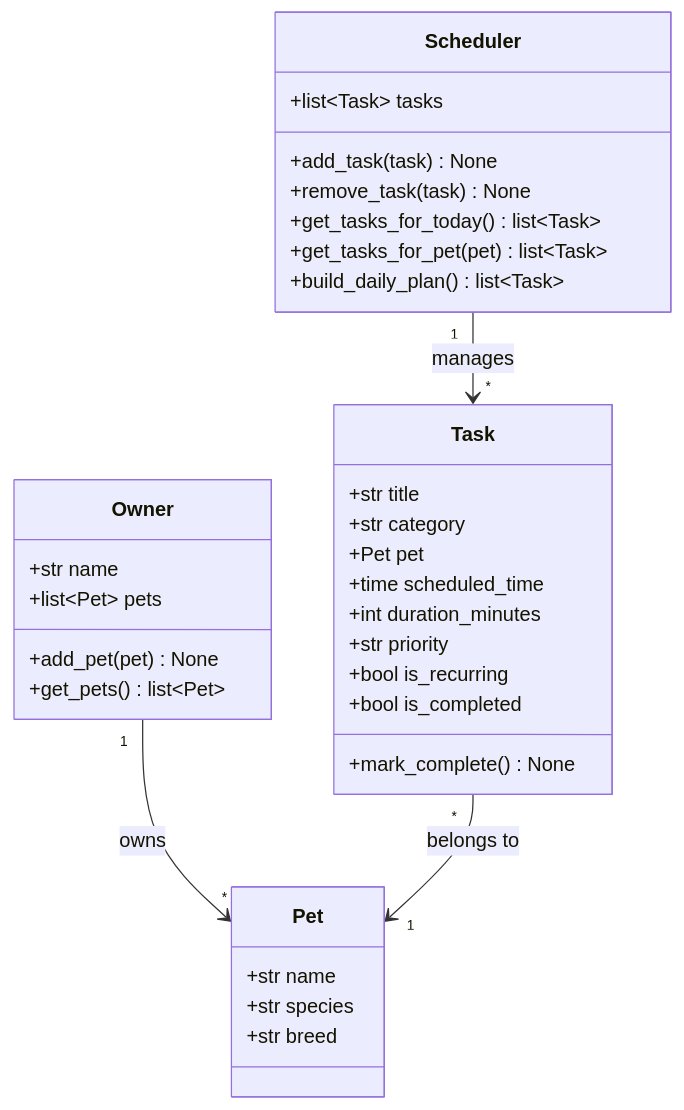
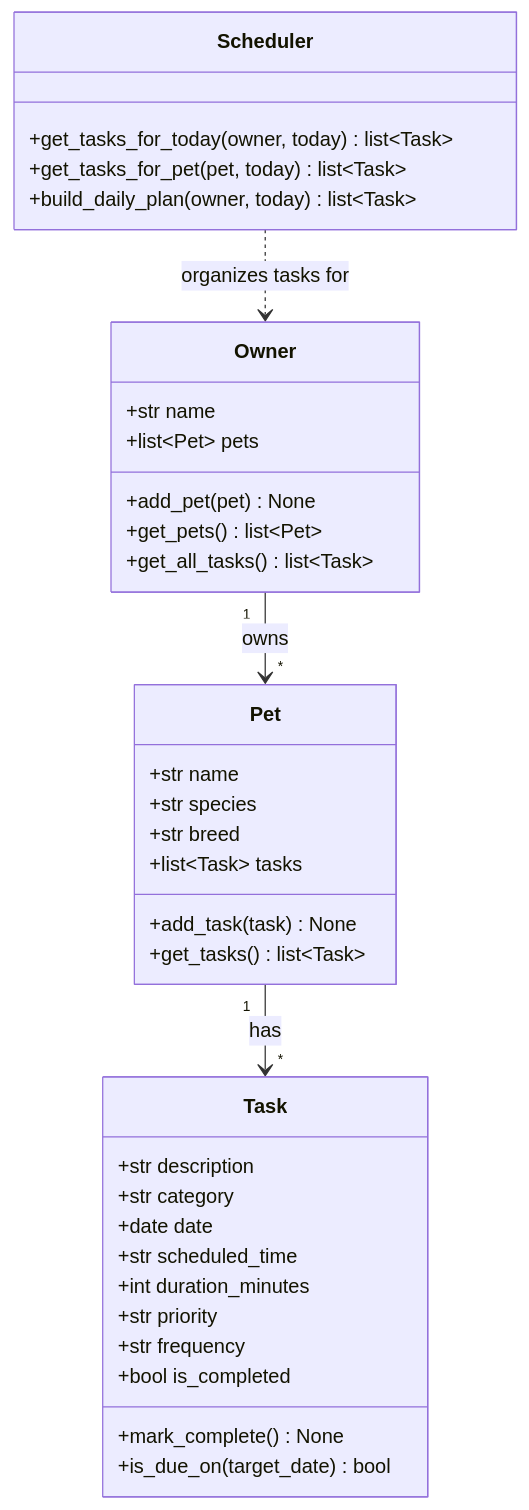
The diagram in diagrams/uml.mmd (fashinao0130/ai110-module2show-pawpal-starter), drawn with Mermaid before and after one commit. The commit also changed 1 other file, not shown here.

Commit message:
Implement scheduling logic for Task, Pet, Owner, and Scheduler
Pet now owns its own list of tasks, Owner aggregates tasks across all
its pets, and Scheduler is stateless: it takes an Owner and filters
tasks due on a given date (via Task.is_due_on, based on a new date and
frequency field), then sorts by priority and time for the daily plan.

```diff
--- a/diagrams/uml.mmd
+++ b/diagrams/uml.mmd
@@ -1,40 +1,42 @@
 classDiagram
     %% Keep this file updated so it matches your final implementation.
 
     class Owner {
         +str name
         +list~Pet~ pets
         +add_pet(pet) None
         +get_pets() list~Pet~
+        +get_all_tasks() list~Task~
     }
 
     class Pet {
         +str name
         +str species
         +str breed
+        +list~Task~ tasks
+        +add_task(task) None
+        +get_tasks() list~Task~
     }
 
     class Task {
-        +str title
+        +str description
         +str category
-        +Pet pet
-        +time scheduled_time
+        +date date
+        +str scheduled_time
         +int duration_minutes
         +str priority
-        +bool is_recurring
+        +str frequency
         +bool is_completed
         +mark_complete() None
+        +is_due_on(target_date) bool
     }
 
     class Scheduler {
-        +list~Task~ tasks
-        +add_task(task) None
-        +remove_task(task) None
-        +get_tasks_for_today() list~Task~
-        +get_tasks_for_pet(pet) list~Task~
-        +build_daily_plan() list~Task~
+        +get_tasks_for_today(owner, today) list~Task~
+        +get_tasks_for_pet(pet, today) list~Task~
+        +build_daily_plan(owner, today) list~Task~
     }
 
     Owner "1" --> "*" Pet : owns
-    Task "*" --> "1" Pet : belongs to
-    Scheduler "1" --> "*" Task : manages
+    Pet "1" --> "*" Task : has
+    Scheduler ..> Owner : organizes tasks for
```
